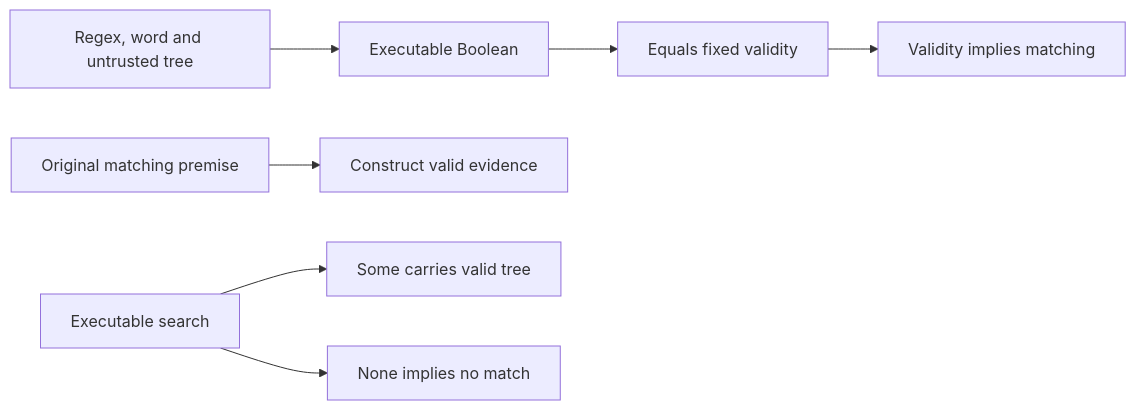
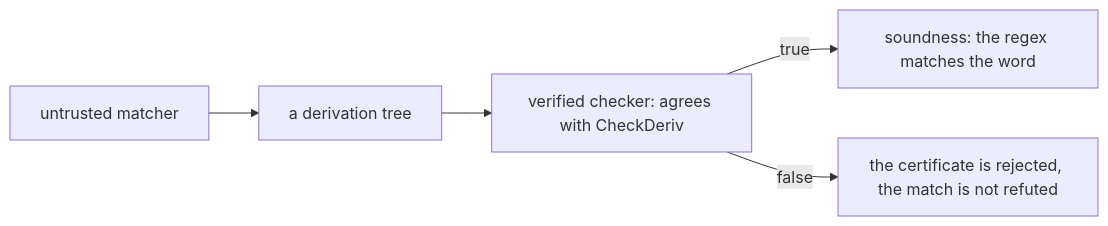
The second of 4 diagrams in docs/R11_Theory.md (leobwang/dafny-verus-learn-0), drawn with Mermaid before and after one commit. The commit also changed other lines of this file and 44 other files, not shown here.

````diff
--- a/docs/R11_Theory.md
+++ b/docs/R11_Theory.md
@@ -118,9 +218,7 @@
 ```mermaid
 flowchart LR
-  input["Regex, word and untrusted tree"] --> checker["Executable Boolean"]
-  checker --> agreement["Equals fixed validity"]
-  agreement --> sound["Validity implies matching"]
-  match["Original matching premise"] --> complete["Construct valid evidence"]
-  producer["Executable search"] --> present["Some carries valid tree"]
-  producer --> absent["None implies no match"]
+  M["untrusted matcher"] --> T["a derivation tree"]
+  T --> C["verified checker: agrees with CheckDeriv"]
+  C -->|"true"| S["soundness: the regex matches the word"]
+  C -->|"false"| X["the certificate is rejected, the match is not refuted"]
 ```
````
